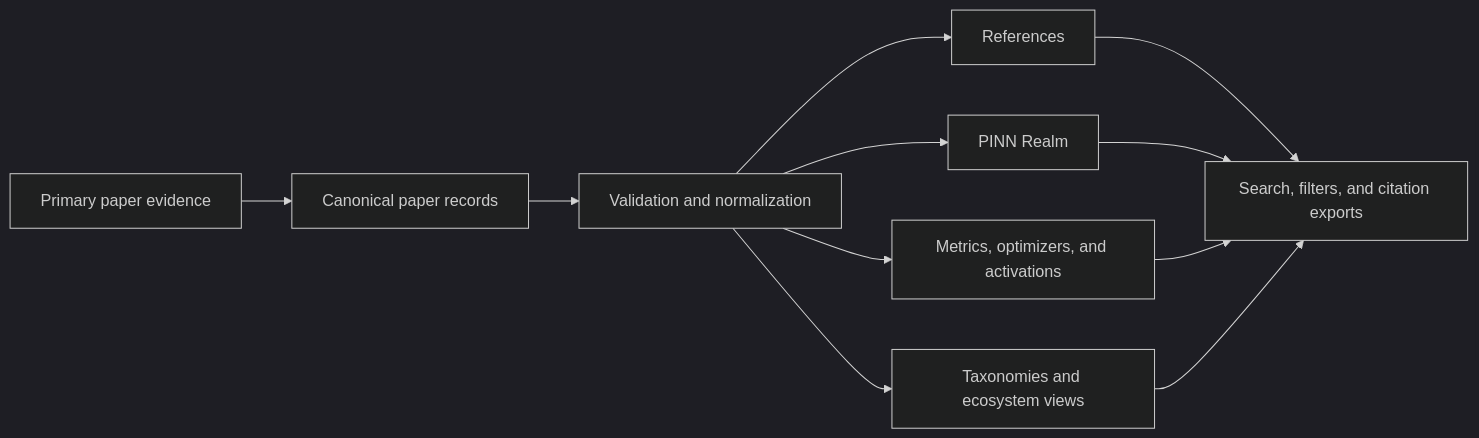
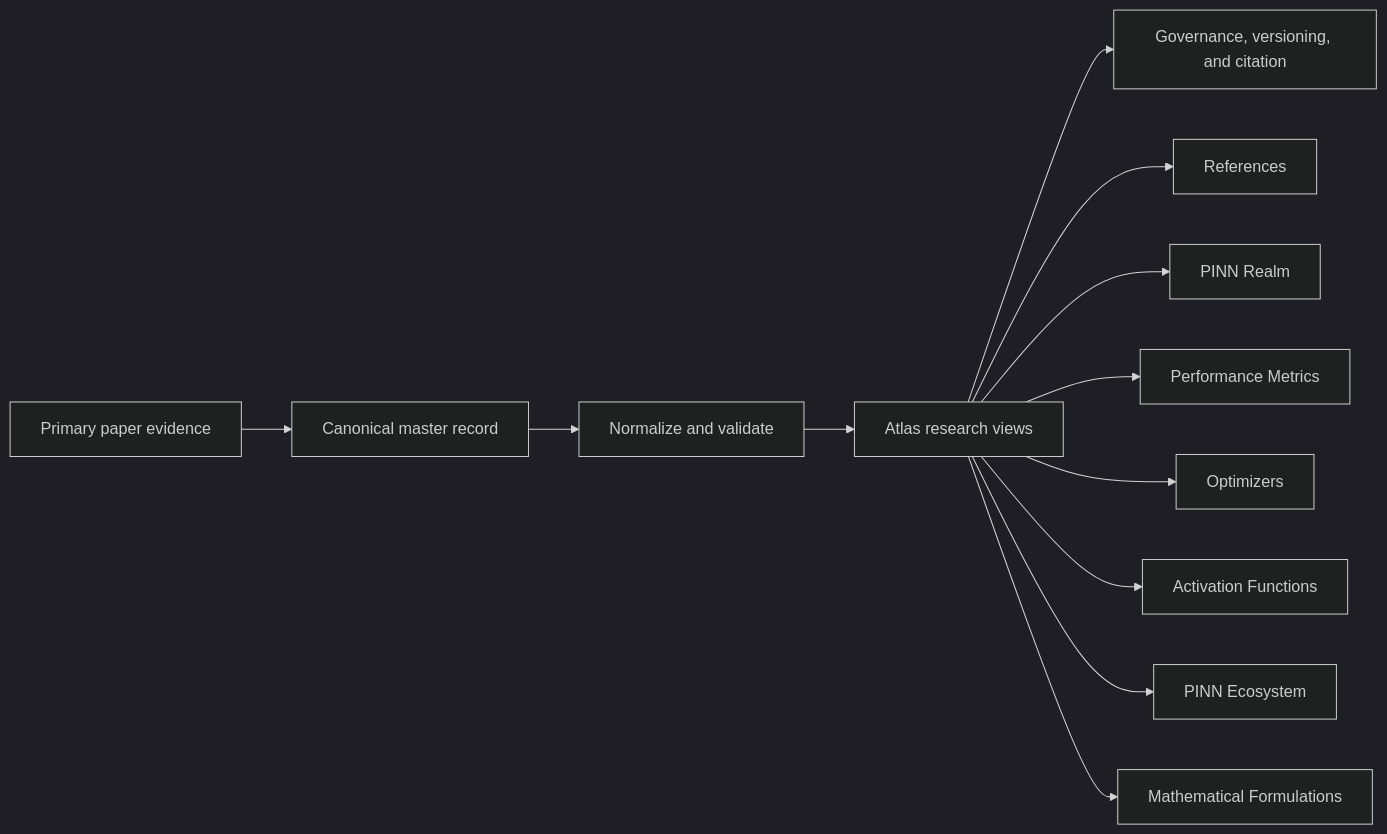
The diagram in README.md (ahafuaej-alt/PINN-Review), drawn with Mermaid (dark theme) before and after one commit. The commit also changed other lines of this file, not shown here.

Commit message:
Refresh README for current Atlas surface

````diff
--- a/README.md
+++ b/README.md
@@ -79,13 +118,15 @@
 ```mermaid
 flowchart LR
-    A["Primary paper evidence"] --> B["Canonical paper records"]
-    B --> C["Validation and normalization"]
-    C --> D["References"]
-    C --> E["PINN Realm"]
-    C --> F["Metrics, optimizers, and activations"]
-    C --> G["Taxonomies and ecosystem views"]
-    D --> H["Search, filters, and citation exports"]
-    E --> H
-    F --> H
-    G --> H
+    A["Primary paper evidence"] --> B["Canonical master record"]
+    B --> C["Normalize and validate"]
+    C --> D["Atlas research views"]
+    D --> E["Governance, versioning, and citation"]
+
+    D --> R["References"]
+    D --> G["PINN Realm"]
+    D --> M["Performance Metrics"]
+    D --> O["Optimizers"]
+    D --> F["Activation Functions"]
+    D --> X["PINN Ecosystem"]
+    D --> Q["Mathematical Formulations"]
 ```
````
